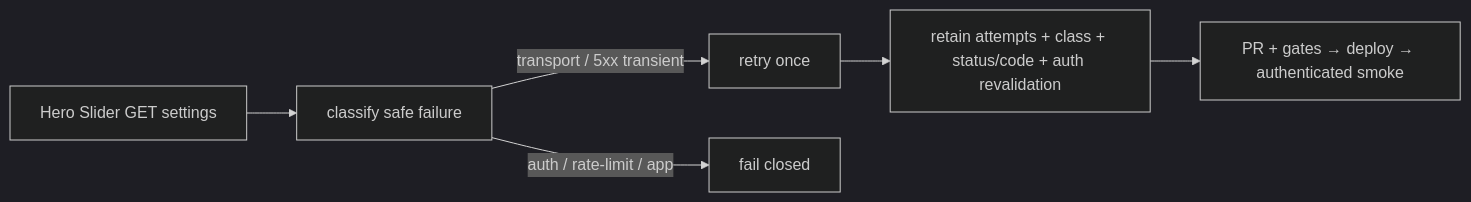
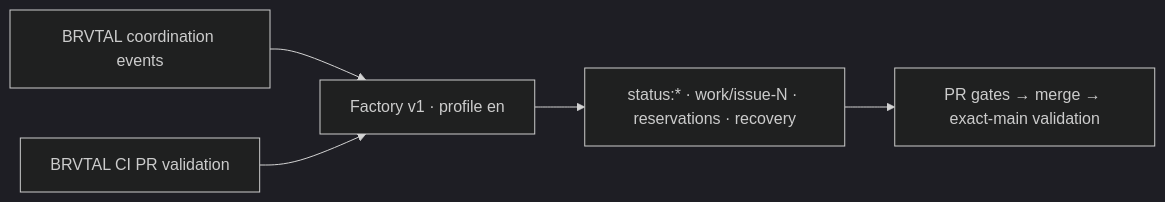
Before and after one commit to pl0n3r/brvtal: the diagram in README.md, drawn with Mermaid (dark theme). The commit also changed other lines of this file and 9 other files, not shown here.

First line of the commit message:
infra: adopt Factory v1 coordination parity (#728)

````diff
--- a/README.md
+++ b/README.md
@@ -43,8 +43,7 @@
 ```mermaid
 flowchart LR
-  A["Hero Slider GET settings"] --> C["classify safe failure"]
-  C -->|transport / 5xx transient| R["retry once"]
-  C -->|auth / rate-limit / app| F["fail closed"]
-  R --> D["retain attempts + class + status/code + auth revalidation"]
-  D --> P["PR + gates → deploy → authenticated smoke"]
+  E["BRVTAL coordination events"] --> F["Factory v1 · profile en"]
+  C["BRVTAL CI PR validation"] --> F
+  F --> R["status:* · work/issue-N · reservations · recovery"]
+  R --> G["PR gates → merge → exact-main validation"]
 ```
````
